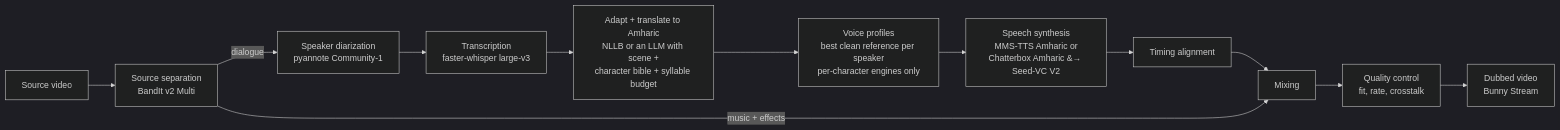
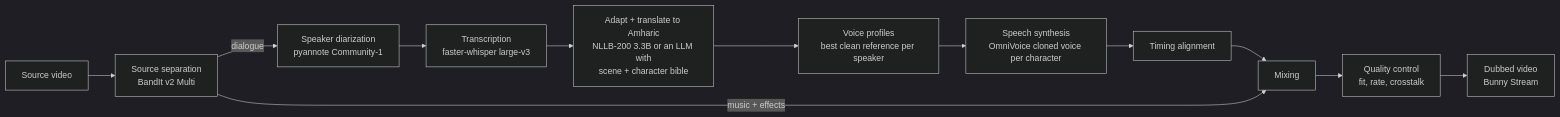
The diagram in README.md (ababuu/amharic-dub), drawn with Mermaid (dark theme) before and after one commit. The commit also changed other lines of this file and 11 other files, not shown here.

First line of the commit message:
Add OmniVoice as the default speech engine, and upgrade NLLB

````diff
--- a/README.md
+++ b/README.md
@@ -20,14 +20,14 @@
 ```mermaid
 flowchart LR
     V["Source video"] --> SEP["Source separation<br/>BandIt v2 Multi"]
     SEP -->|dialogue| DIA["Speaker diarization<br/>pyannote Community-1"]
     DIA --> ASR["Transcription<br/>faster-whisper large-v3"]
-    ASR --> TR["Adapt + translate to Amharic<br/>NLLB or an LLM with scene +<br/>character bible + syllable budget"]
-    TR --> VP["Voice profiles<br/>best clean reference per speaker<br/>per-character engines only"]
-    VP --> TTS["Speech synthesis<br/>MMS-TTS Amharic or<br/>Chatterbox Amharic &#8594; Seed-VC V2"]
+    ASR --> TR["Adapt + translate to Amharic<br/>NLLB-200 3.3B or an LLM with<br/>scene + character bible"]
+    TR --> VP["Voice profiles<br/>best clean reference per speaker"]
+    VP --> TTS["Speech synthesis<br/>OmniVoice cloned voice per character"]
     TTS --> TIM["Timing alignment"]
     TIM --> MIX["Mixing"]
     SEP -->|music + effects| MIX
     MIX --> QC["Quality control<br/>fit, rate, crosstalk"]
     QC --> OUT["Dubbed video<br/>Bunny Stream"]
 ```
````
